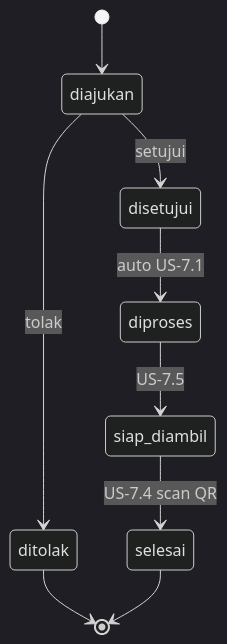
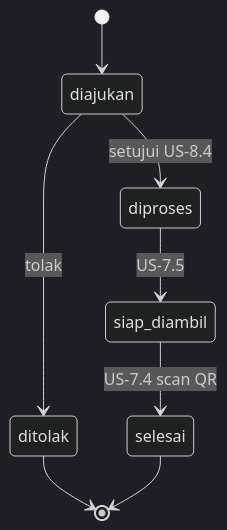
The second of 3 diagrams in docs/dev-docs/features/migrasi-alur-status.md (ZulfikarHD/sistem-desa), drawn with Mermaid (dark theme) before and after one commit. The commit also changed other lines of this file and 29 other files, not shown here.

First line of the commit message:
feat(verifikasi): rename daftar pengajuan dan setujui langsung diproses (US-8.3/8.4)

````diff
--- a/docs/dev-docs/features/migrasi-alur-status.md
+++ b/docs/dev-docs/features/migrasi-alur-status.md
@@ -26,11 +27,10 @@
 ```mermaid
 stateDiagram-v2
     [*] --> diajukan
-    diajukan --> disetujui: setujui
+    diajukan --> diproses: setujui US-8.4
     diajukan --> ditolak: tolak
-    disetujui --> diproses: auto US-7.1
     diproses --> siap_diambil: US-7.5
     siap_diambil --> selesai: US-7.4 scan QR
     ditolak --> [*]
     selesai --> [*]
 ```
````
